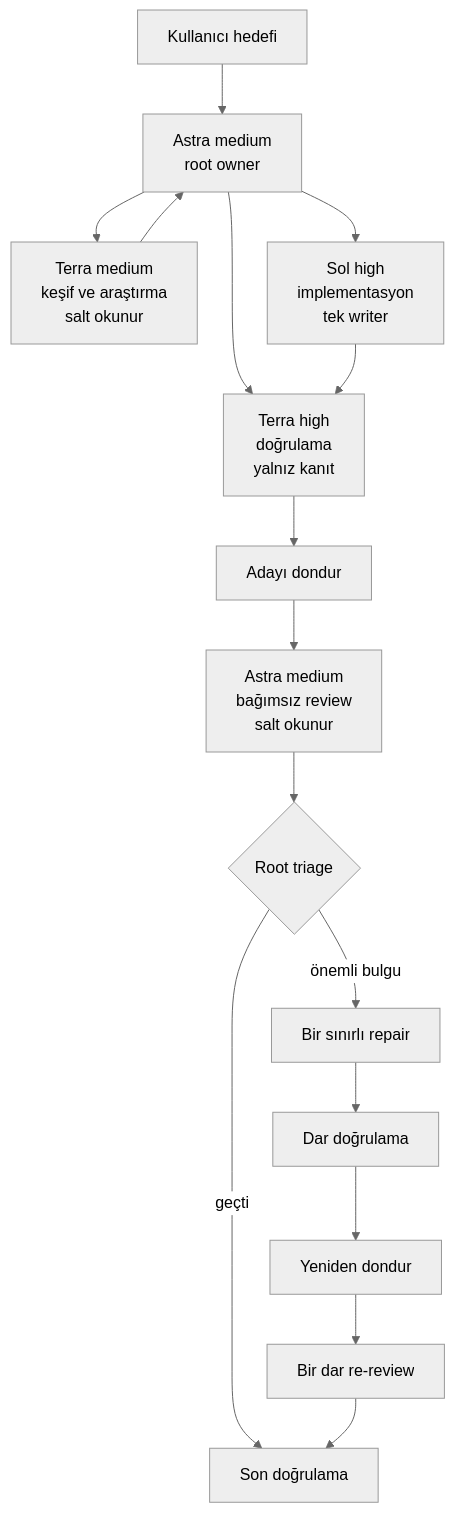
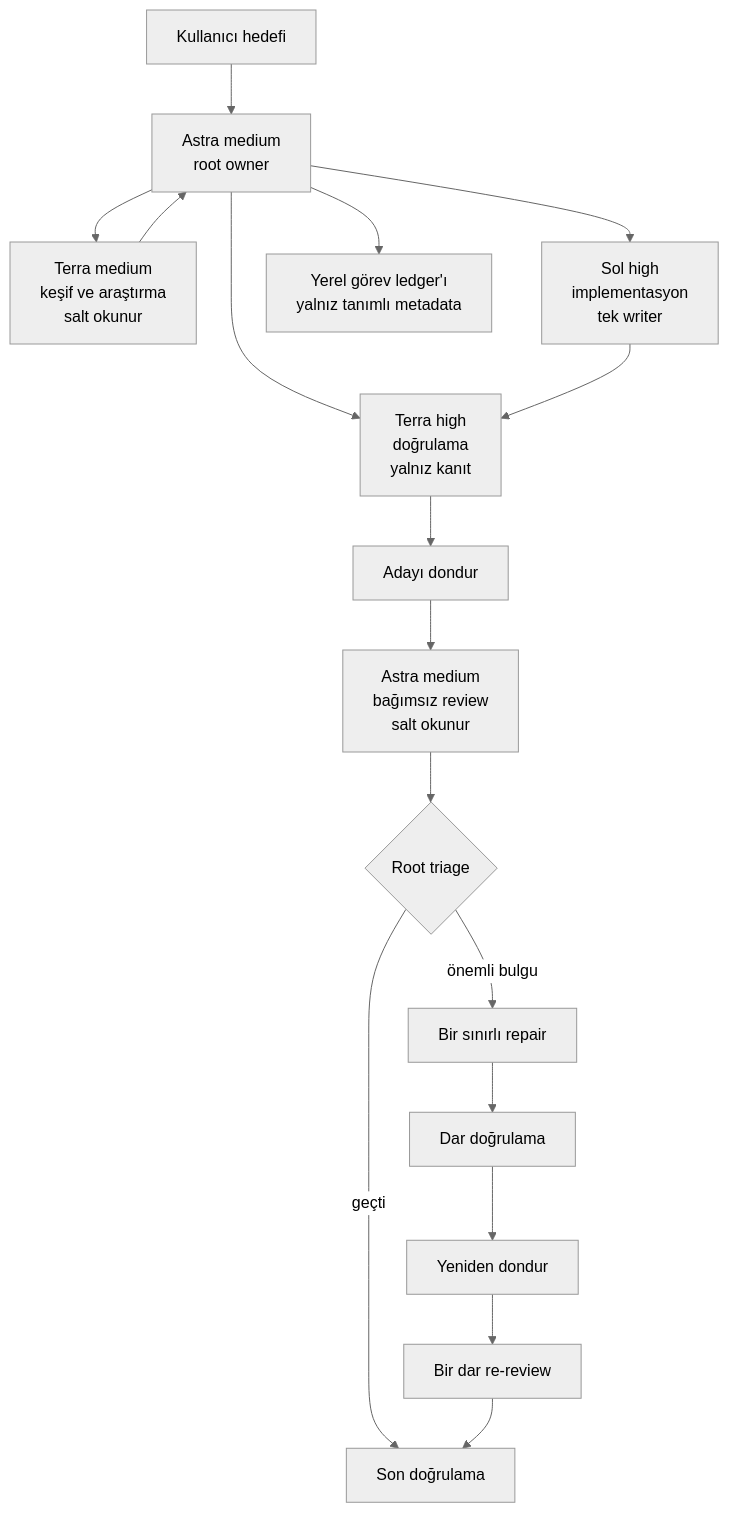
Before and after one commit to metapak/codex-bounded-orchestrator: the diagram in README.tr.md, drawn with Mermaid (neutral theme). The commit also changed other lines of this file and 30 other files, not shown here.

````diff
--- a/README.tr.md
+++ b/README.tr.md
@@ -28,18 +30,19 @@
 ```mermaid
 flowchart TD
     U[Kullanıcı hedefi] --> O["Astra medium<br/>root owner"]
     O --> E["Terra medium<br/>keşif ve araştırma<br/>salt okunur"]
     O --> I["Sol high<br/>implementasyon<br/>tek writer"]
     O --> V["Terra high<br/>doğrulama<br/>yalnız kanıt"]
+    O --> L["Yerel görev ledger'ı<br/>yalnız tanımlı metadata"]
     E --> O
     I --> V
     V --> F[Adayı dondur]
     F --> R["Astra medium<br/>bağımsız review<br/>salt okunur"]
     R --> T{Root triage}
     T -->|geçti| D[Son doğrulama]
     T -->|önemli bulgu| B[Bir sınırlı repair]
     B --> V2[Dar doğrulama]
     V2 --> F2[Yeniden dondur]
     F2 --> R2[Bir dar re-review]
     R2 --> D
 ```
````
